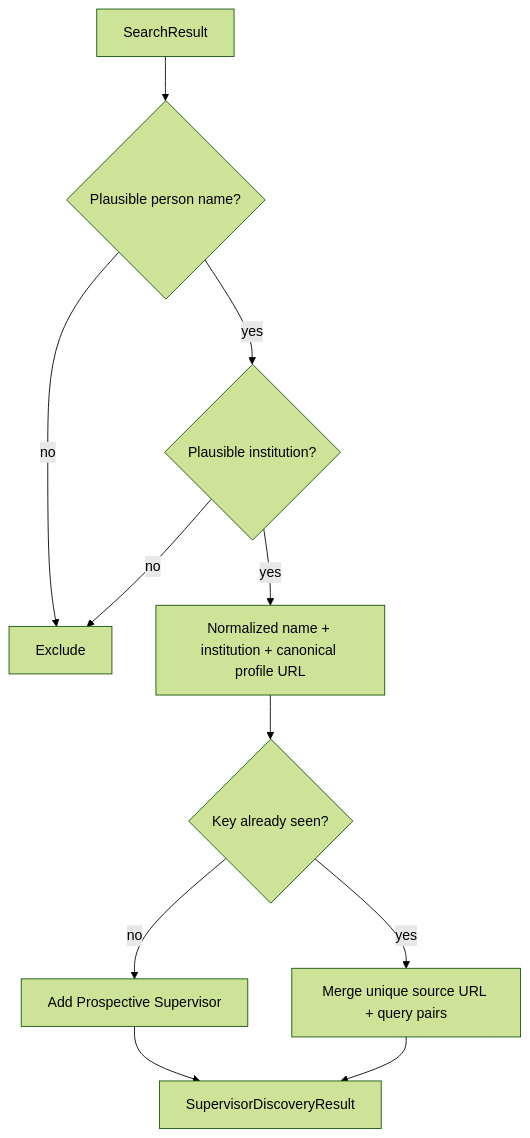
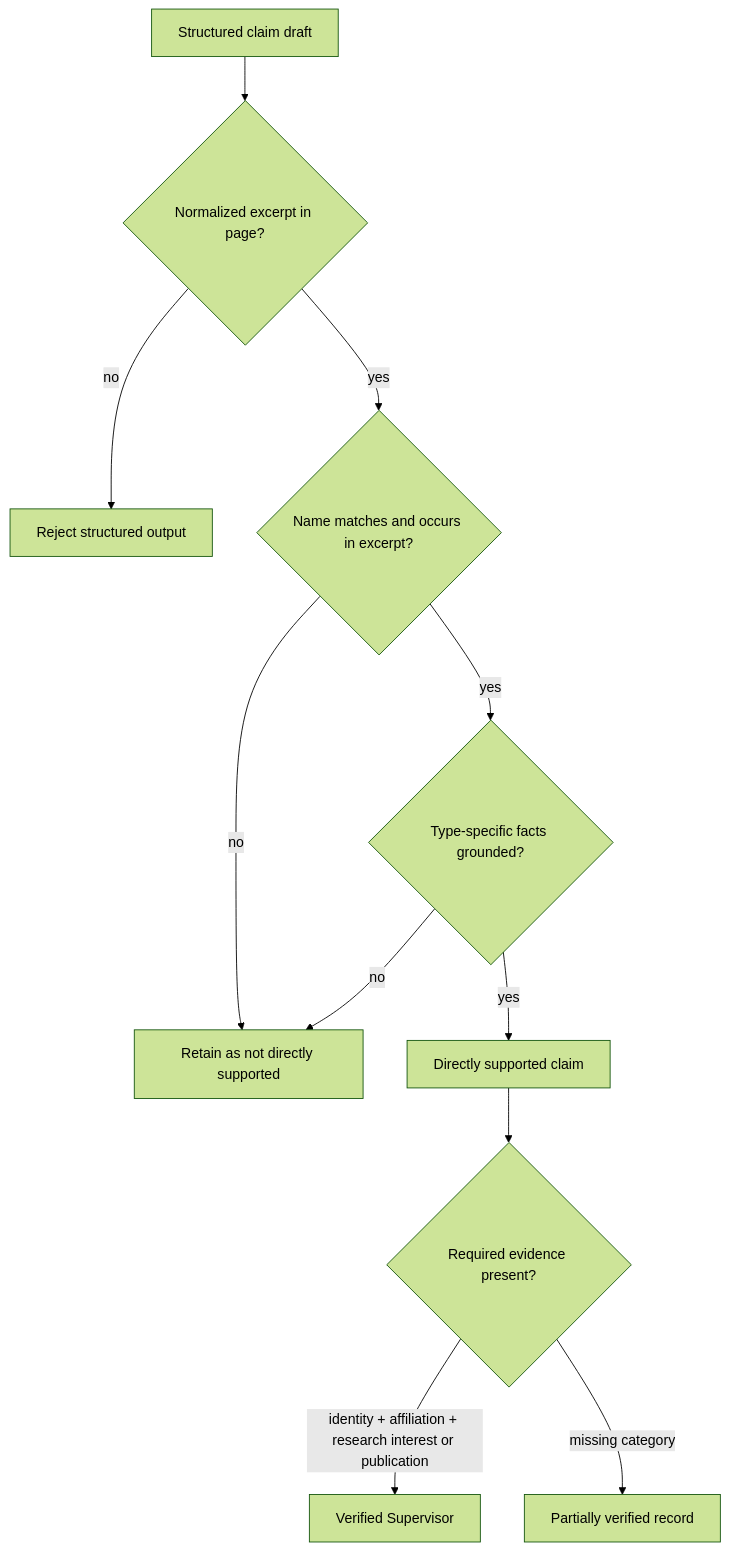
The sixth of 14 diagrams in projects/scholar-path/docs/architecture.md (shanly-rajan/ai-builder), drawn with Mermaid (forest theme) before and after one commit. The commit also changed other lines of this file and 57 other files, not shown here.

Commit message:
feat: add Supervisor evidence extraction and verification

````diff
--- a/projects/scholar-path/docs/architecture.md
+++ b/projects/scholar-path/docs/architecture.md
@@ -123,13 +194,13 @@
 ```mermaid
 flowchart TD
-    Result[SearchResult] --> Name{Plausible person name?}
-    Name -->|no| Exclude[Exclude]
-    Name -->|yes| Institution{Plausible institution?}
-    Institution -->|no| Exclude
-    Institution -->|yes| Key[Normalized name + institution + canonical profile URL]
-    Key --> Seen{Key already seen?}
-    Seen -->|no| Add[Add Prospective Supervisor]
-    Seen -->|yes| Provenance[Merge unique source URL + query pairs]
-    Add --> Structured[SupervisorDiscoveryResult]
-    Provenance --> Structured
+    Draft[Structured claim draft] --> Excerpt{Normalized excerpt in page?}
+    Excerpt -->|no| Reject[Reject structured output]
+    Excerpt -->|yes| Subject{Name matches and occurs in excerpt?}
+    Subject -->|no| Indirect[Retain as not directly supported]
+    Subject -->|yes| Type{Type-specific facts grounded?}
+    Type -->|no| Indirect
+    Type -->|yes| Direct[Directly supported claim]
+    Direct --> Required{Required evidence present?}
+    Required -->|identity + affiliation + research interest or publication| Verified[Verified Supervisor]
+    Required -->|missing category| Partial[Partially verified record]
 ```
````
